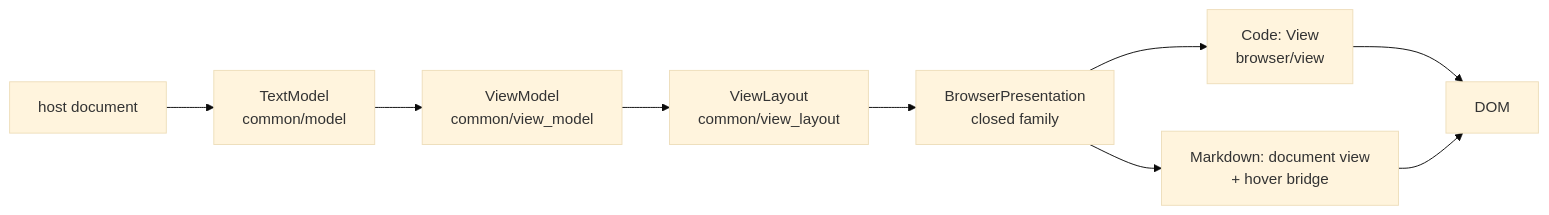
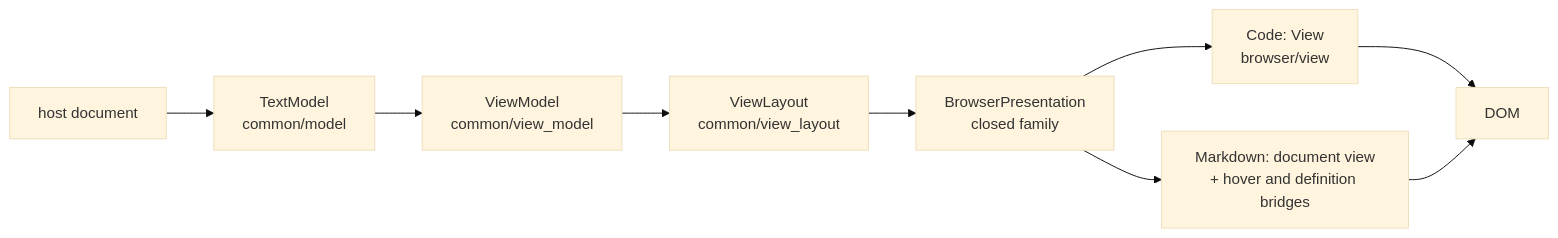
One commit to moonbitlang/editor changed the first of 2 diagrams in docs/architecture.md. Above: the diagram before and after it, drawn with Mermaid (base theme). The commit also changed other lines of this file and 24 other files, not shown here.

````diff
--- a/docs/architecture.md
+++ b/docs/architecture.md
@@ -24,11 +24,11 @@
 ```mermaid
 flowchart LR
   A[host document] --> B[TextModel<br>common/model]
   B --> C[ViewModel<br>common/view_model]
   C --> D[ViewLayout<br>common/view_layout]
   D --> E[BrowserPresentation<br>closed family]
   E --> F[Code: View<br>browser/view]
-  E --> G[Markdown: document view<br>+ hover bridge]
+  E --> G[Markdown: document view<br>+ hover and definition bridges]
   F --> H[DOM]
   G --> H
 ```
````
